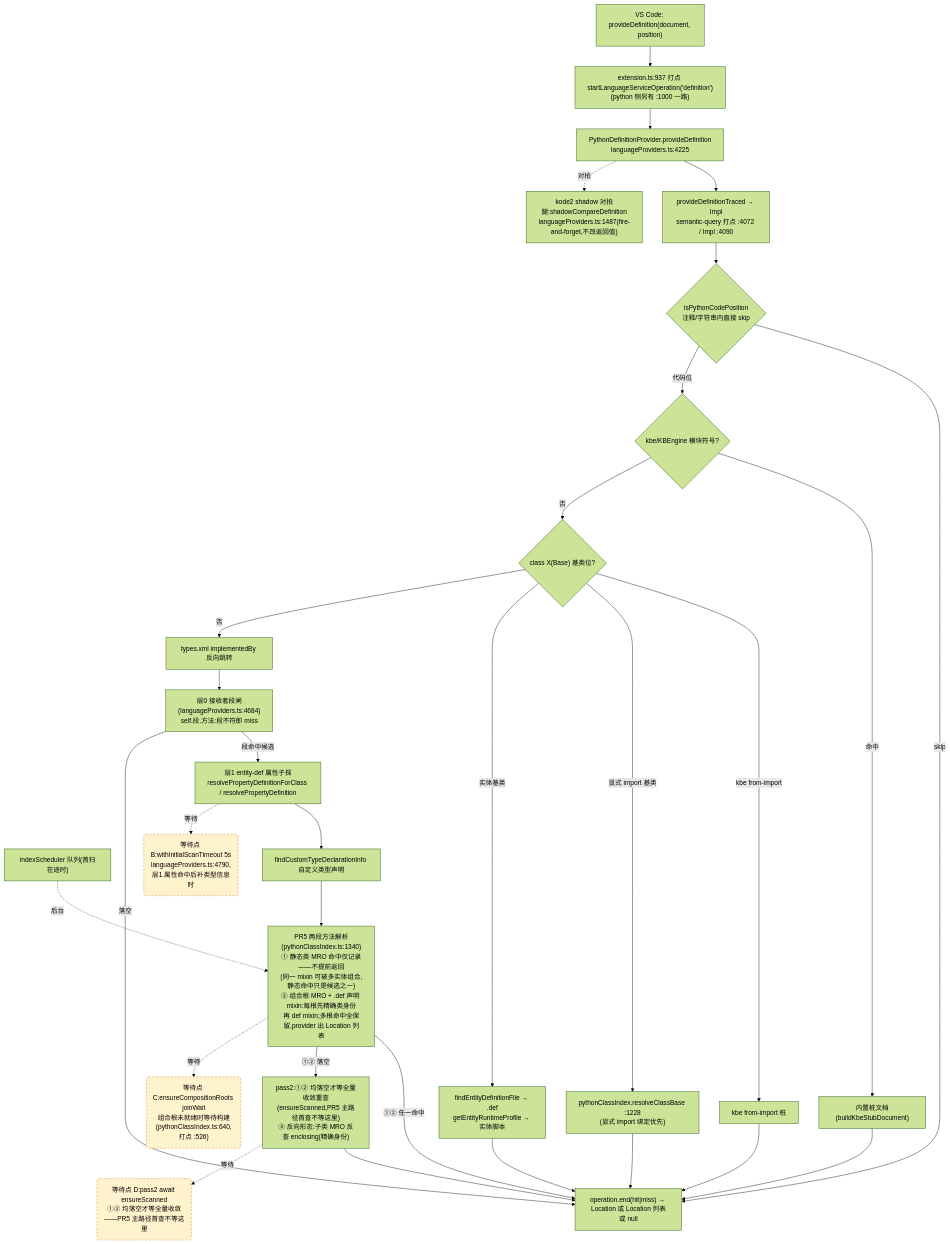
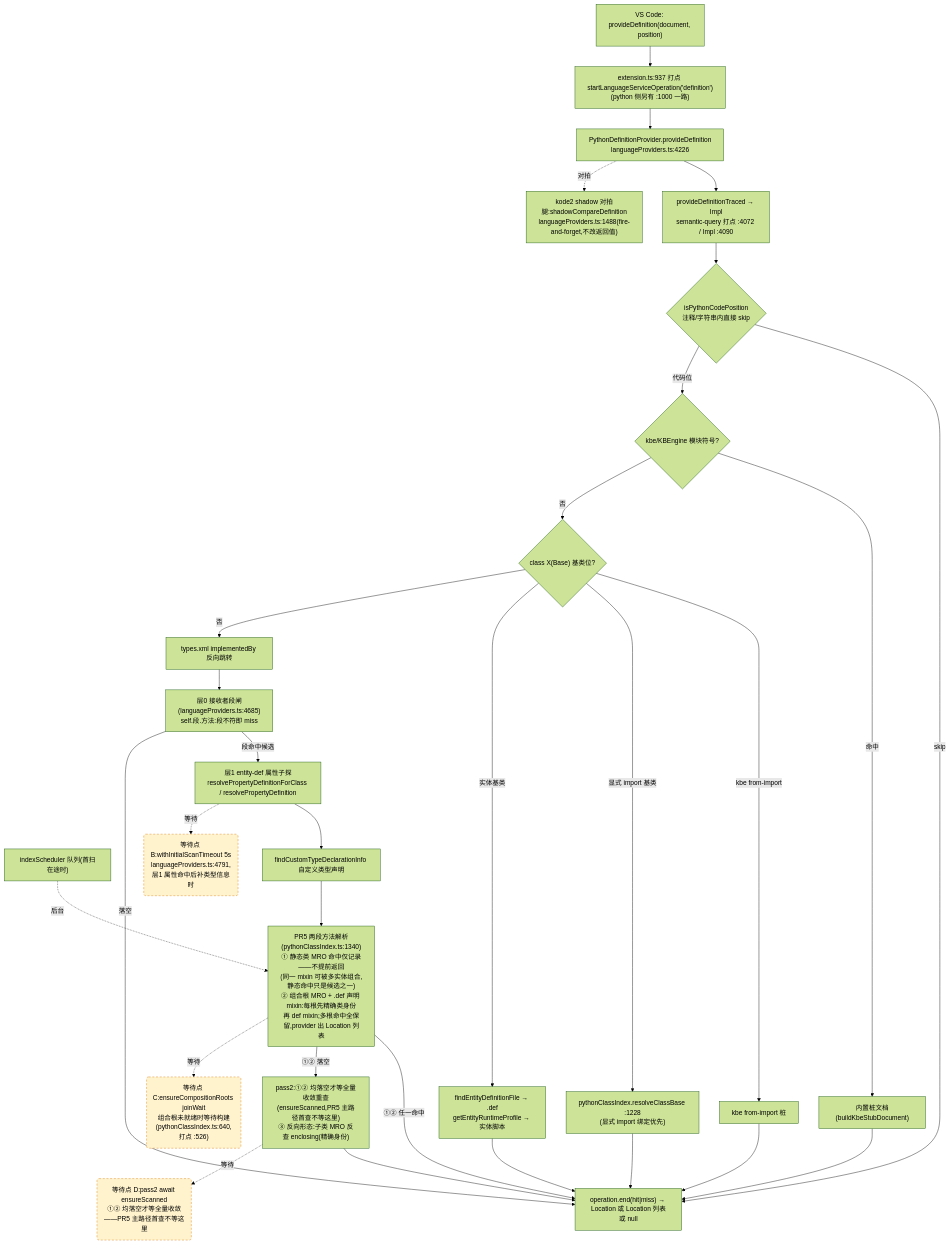
Before and after one commit to cuihairu/kode: the second of 4 diagrams in docs/perf/2026-baseline.md, drawn with Mermaid (forest theme). The commit also changed other lines of this file and 6 other files, not shown here.

````diff
--- a/docs/perf/2026-baseline.md
+++ b/docs/perf/2026-baseline.md
@@ -130,51 +130,51 @@
 ```mermaid
 flowchart TD
   VC2["VS Code: provideDefinition(document, position)"]
   M2["extension.ts:937 打点 startLanguageServiceOperation('definition')<br/>(python 侧另有 :1000 一路)"]
-  AD2["PythonDefinitionProvider.provideDefinition<br/>languageProviders.ts:4225"]
+  AD2["PythonDefinitionProvider.provideDefinition<br/>languageProviders.ts:4226"]
   TR["provideDefinitionTraced → Impl<br/>semantic-query 打点 :4072 / Impl :4090"]
   CTX{"isPythonCodePosition<br/>注释/字符串内直接 skip"}
   KBE{"kbe/KBEngine 模块符号?"}
   STUB["内置桩文档(buildKbeStubDocument)"]
   CB{"class X(Base) 基类位?"}
   CB1["kbe from-import 桩"]
   CB2["pythonClassIndex.resolveClassBase :1228<br/>(显式 import 绑定优先)"]
   CB3["findEntityDefinitionFile → .def<br/>getEntityRuntimeProfile → 实体脚本"]
   REV["types.xml implementedBy 反向跳转"]
-  L0["层0 接收者段闸(languageProviders.ts:4684)<br/>self.段.方法:段不符即 miss"]
+  L0["层0 接收者段闸(languageProviders.ts:4685)<br/>self.段.方法:段不符即 miss"]
   L1["层1 entity-def 属性子探<br/>resolvePropertyDefinitionForClass / resolvePropertyDefinition"]
   SCAN["indexScheduler 队列(首扫在途时)"]
   TY["findCustomTypeDeclarationInfo 自定义类型声明"]
   MRO["PR5 两段方法解析(pythonClassIndex.ts:1340)<br/>① 静态类 MRO 命中仅记录——不提前返回<br/>(同一 mixin 可被多实体组合,静态命中只是候选之一)<br/>② 组合根 MRO + .def 声明 mixin:每根先精确类身份<br/>再 def mixin;多根命中全保留,provider 出 Location 列表"]
   PASS2["pass2:①② 均落空才等全量收敛重查<br/>(ensureScanned,PR5 主路径首查不等这里)<br/>③ 反向形态:子类 MRO 反查 enclosing(精确身份)"]
-  SHD["kode2 shadow 对拍腿:shadowCompareDefinition<br/>languageProviders.ts:1487(fire-and-forget,不改返回值)"]
+  SHD["kode2 shadow 对拍腿:shadowCompareDefinition<br/>languageProviders.ts:1488(fire-and-forget,不改返回值)"]
   END2["operation.end(hit|miss) → Location 或 Location 列表或 null"]
 
   VC2 --> M2 --> AD2 --> TR --> CTX
   CTX -- "skip" --> END2
   CTX -- "代码位" --> KBE
   KBE -- "命中" --> STUB --> END2
   KBE -- "否" --> CB
   CB -- "kbe from-import" --> CB1 --> END2
   CB -- "显式 import 基类" --> CB2 --> END2
   CB -- "实体基类" --> CB3 --> END2
   CB -- "否" --> REV --> L0
   L0 -- "段命中候选" --> L1
   L0 -- "落空" --> END2
   L1 --> TY
   TY --> MRO
   MRO -- "①② 任一命中" --> END2
   MRO -- "①② 落空" --> PASS2 --> END2
   AD2 -.->|对拍| SHD
 
-  WAITB("等待点 B:withInitialScanTimeout 5s<br/>languageProviders.ts:4790,层1 属性命中后补类型信息时")
+  WAITB("等待点 B:withInitialScanTimeout 5s<br/>languageProviders.ts:4791,层1 属性命中后补类型信息时")
   WAITC("等待点 C:ensureCompositionRoots joinWait<br/>组合根未就绪时等待构建(pythonClassIndex.ts:640,打点 :526)")
   WAITD("等待点 D:pass2 await ensureScanned<br/>①② 均落空才等全量收敛——PR5 主路径首查不等这里")
   L1 -.->|等待| WAITB
   MRO -.->|等待| WAITC
   PASS2 -.->|等待| WAITD
   SCAN -.->|后台| MRO
 
   classDef waitPoint fill:#fff3cd,stroke:#d97706,stroke-dasharray:5 4;
   class WAITB,WAITC,WAITD waitPoint;
 ```
````
